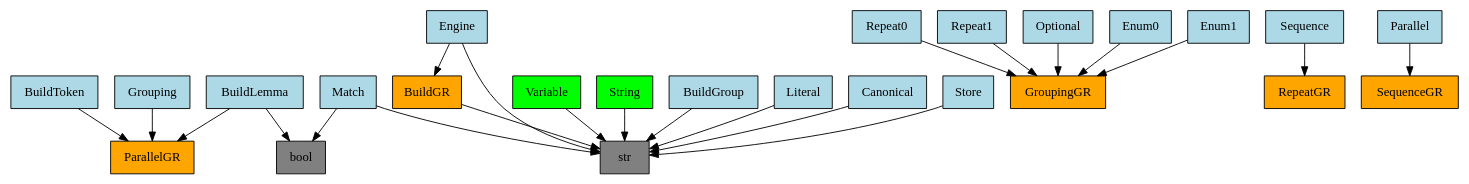
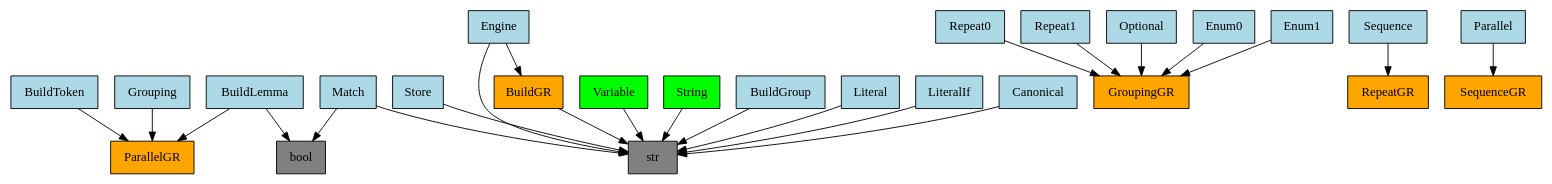
One commit to GabrielAmare/Language changed the diagram in language/base/bnf/v0_2_0/use_graph.gv. Above: the diagram before and after it, drawn with Graphviz. The commit also changed 9 other files, not shown here.

```diff
--- a/language/base/bnf/v0_2_0/use_graph.gv
+++ b/language/base/bnf/v0_2_0/use_graph.gv
@@ -1,49 +1,51 @@
 digraph {
 	0 [label=BuildGR fillcolor=orange shape=rect style=filled]
 	1 [label=str fillcolor=gray shape=rect style=filled]
 	2 [label=BuildToken fillcolor=lightblue shape=rect style=filled]
 	3 [label=ParallelGR fillcolor=orange shape=rect style=filled]
 	4 [label=BuildLemma fillcolor=lightblue shape=rect style=filled]
 	5 [label=bool fillcolor=gray shape=rect style=filled]
 	6 [label=BuildGroup fillcolor=lightblue shape=rect style=filled]
 	7 [label=Match fillcolor=lightblue shape=rect style=filled]
 	8 [label=Literal fillcolor=lightblue shape=rect style=filled]
-	9 [label=Canonical fillcolor=lightblue shape=rect style=filled]
-	10 [label=Store fillcolor=lightblue shape=rect style=filled]
-	11 [label=Grouping fillcolor=lightblue shape=rect style=filled]
-	12 [label=Repeat0 fillcolor=lightblue shape=rect style=filled]
-	13 [label=GroupingGR fillcolor=orange shape=rect style=filled]
-	14 [label=Repeat1 fillcolor=lightblue shape=rect style=filled]
-	15 [label=Optional fillcolor=lightblue shape=rect style=filled]
-	16 [label=Enum0 fillcolor=lightblue shape=rect style=filled]
-	17 [label=Enum1 fillcolor=lightblue shape=rect style=filled]
-	18 [label=Sequence fillcolor=lightblue shape=rect style=filled]
-	19 [label=RepeatGR fillcolor=orange shape=rect style=filled]
-	20 [label=Parallel fillcolor=lightblue shape=rect style=filled]
-	21 [label=SequenceGR fillcolor=orange shape=rect style=filled]
-	22 [label=Engine fillcolor=lightblue shape=rect style=filled]
-	23 [label=Variable fillcolor=lime shape=rect style=filled]
-	24 [label=String fillcolor=lime shape=rect style=filled]
+	9 [label=LiteralIf fillcolor=lightblue shape=rect style=filled]
+	10 [label=Canonical fillcolor=lightblue shape=rect style=filled]
+	11 [label=Store fillcolor=lightblue shape=rect style=filled]
+	12 [label=Grouping fillcolor=lightblue shape=rect style=filled]
+	13 [label=Repeat0 fillcolor=lightblue shape=rect style=filled]
+	14 [label=GroupingGR fillcolor=orange shape=rect style=filled]
+	15 [label=Repeat1 fillcolor=lightblue shape=rect style=filled]
+	16 [label=Optional fillcolor=lightblue shape=rect style=filled]
+	17 [label=Enum0 fillcolor=lightblue shape=rect style=filled]
+	18 [label=Enum1 fillcolor=lightblue shape=rect style=filled]
+	19 [label=Sequence fillcolor=lightblue shape=rect style=filled]
+	20 [label=RepeatGR fillcolor=orange shape=rect style=filled]
+	21 [label=Parallel fillcolor=lightblue shape=rect style=filled]
+	22 [label=SequenceGR fillcolor=orange shape=rect style=filled]
+	23 [label=Engine fillcolor=lightblue shape=rect style=filled]
+	24 [label=Variable fillcolor=lime shape=rect style=filled]
+	25 [label=String fillcolor=lime shape=rect style=filled]
 	0 -> 1
 	2 -> 3
 	4 -> 5
 	4 -> 3
 	6 -> 1
 	7 -> 5
 	7 -> 1
 	8 -> 1
 	9 -> 1
 	10 -> 1
-	11 -> 3
-	12 -> 13
-	14 -> 13
-	15 -> 13
-	16 -> 13
-	17 -> 13
-	18 -> 19
-	20 -> 21
-	22 -> 0
-	22 -> 1
+	11 -> 1
+	12 -> 3
+	13 -> 14
+	15 -> 14
+	16 -> 14
+	17 -> 14
+	18 -> 14
+	19 -> 20
+	21 -> 22
+	23 -> 0
 	23 -> 1
 	24 -> 1
+	25 -> 1
 }
```
